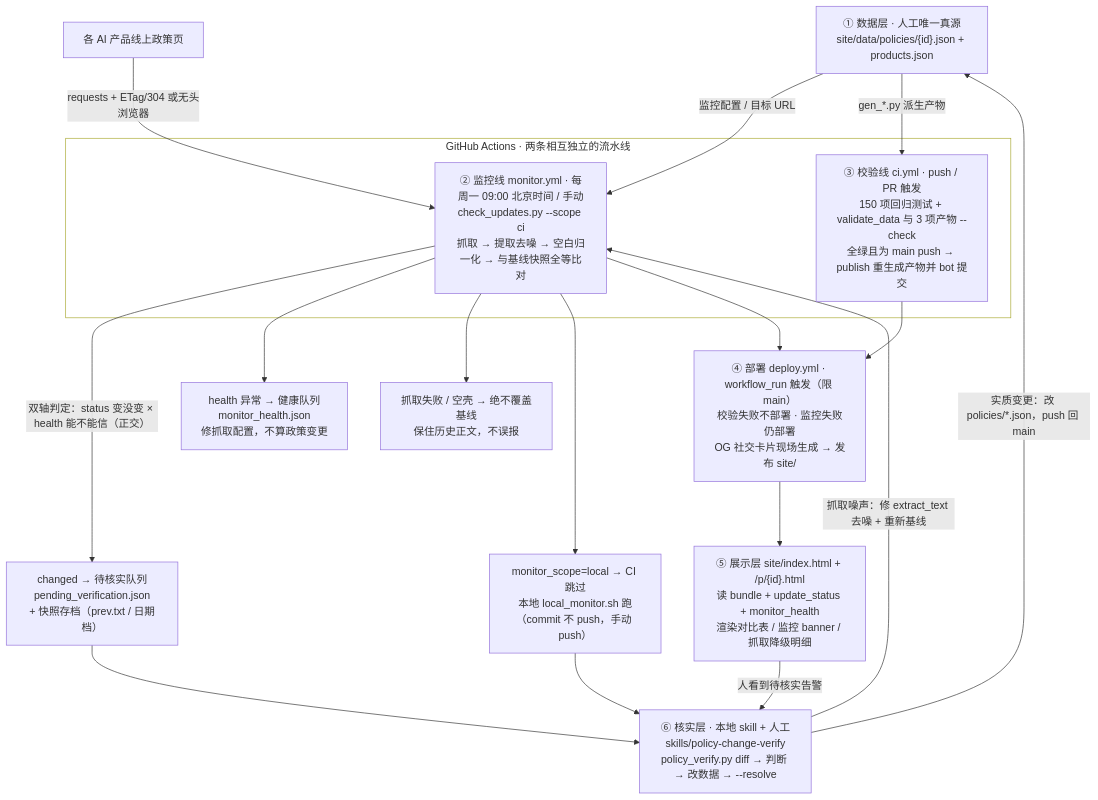
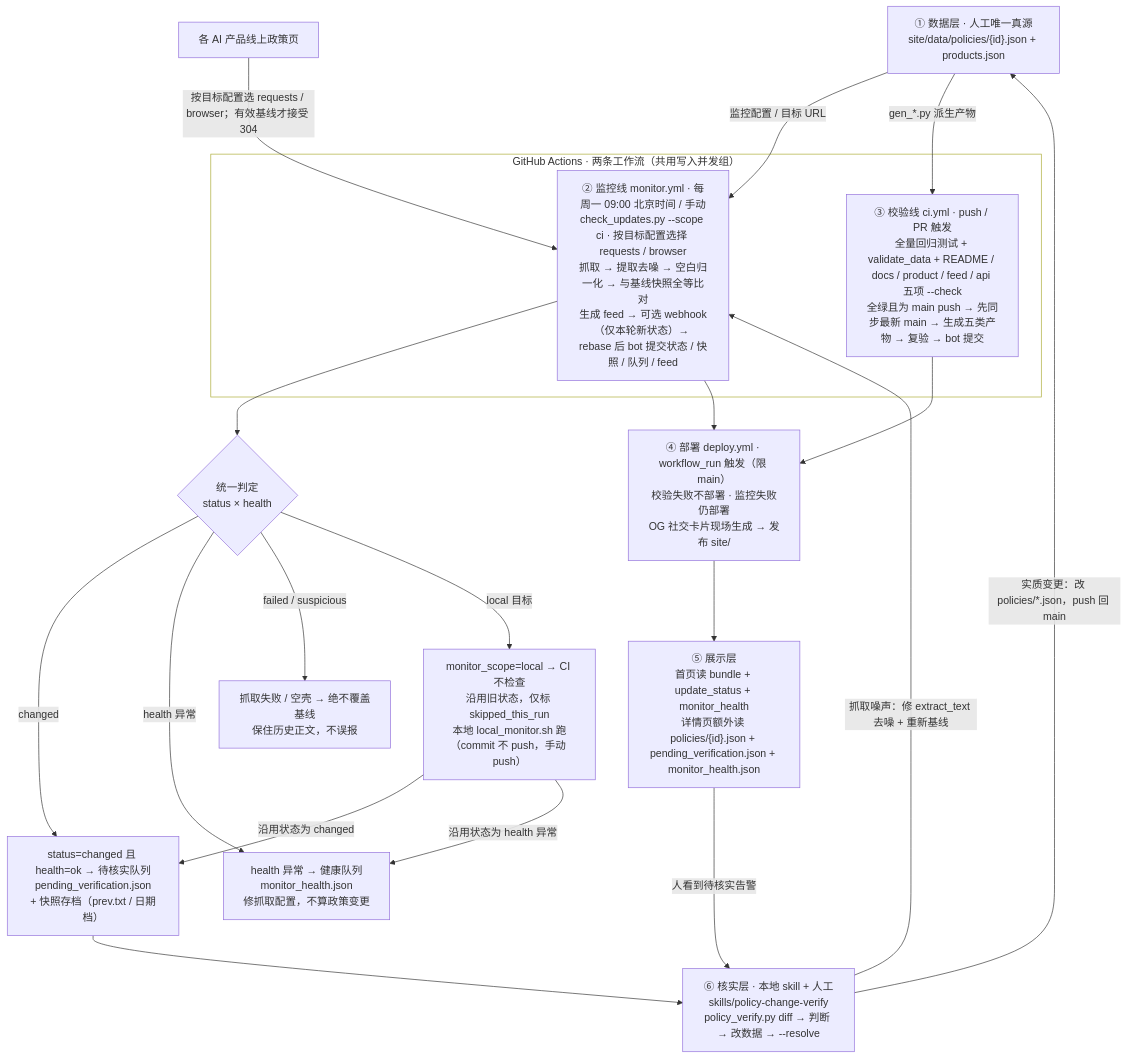
Before and after one commit to 838860610/ai-policy-tracker: the diagram in docs/architecture.md, drawn with Mermaid. The commit also changed other lines of this file and 89 other files, not shown here.

````diff
--- a/docs/architecture.md
+++ b/docs/architecture.md
@@ -9,39 +9,42 @@
 ```mermaid
 flowchart TD
     SRC["① 数据层 · 人工唯一真源<br/>site/data/policies/{id}.json + products.json"]
     PAGES["各 AI 产品线上政策页"]
 
-    subgraph ACTIONS["GitHub Actions · 两条相互独立的流水线"]
-        MON["② 监控线 monitor.yml · 每周一 09:00 北京时间 / 手动<br/>check_updates.py --scope ci<br/>抓取 → 提取去噪 → 空白归一化 → 与基线快照全等比对"]
-        CI["③ 校验线 ci.yml · push / PR 触发<br/>150 项回归测试 + validate_data 与 3 项产物 --check<br/>全绿且为 main push → publish 重生成产物并 bot 提交"]
+    subgraph ACTIONS["GitHub Actions · 两条工作流（共用写入并发组）"]
+        MON["② 监控线 monitor.yml · 每周一 09:00 北京时间 / 手动<br/>check_updates.py --scope ci · 按目标配置选择 requests / browser<br/>抓取 → 提取去噪 → 空白归一化 → 与基线快照全等比对<br/>生成 feed → 可选 webhook（仅本轮新状态）→ rebase 后 bot 提交状态 / 快照 / 队列 / feed"]
+        CI["③ 校验线 ci.yml · push / PR 触发<br/>全量回归测试 + validate_data + README / docs / product / feed / api 五项 --check<br/>全绿且为 main push → 先同步最新 main → 生成五类产物 → 复验 → bot 提交"]
     end
 
-    B1["changed → 待核实队列<br/>pending_verification.json<br/>+ 快照存档（prev.txt / 日期档）"]
+    AXIS{"统一判定<br/>status × health"}
+    B1["status=changed 且 health=ok → 待核实队列<br/>pending_verification.json<br/>+ 快照存档（prev.txt / 日期档）"]
     B2["health 异常 → 健康队列<br/>monitor_health.json<br/>修抓取配置，不算政策变更"]
     B3["抓取失败 / 空壳 → 绝不覆盖基线<br/>保住历史正文，不误报"]
-    B4["monitor_scope=local → CI 跳过<br/>本地 local_monitor.sh 跑<br/>（commit 不 push，手动 push）"]
+    B4["monitor_scope=local → CI 不检查<br/>沿用旧状态，仅标 skipped_this_run<br/>本地 local_monitor.sh 跑（commit 不 push，手动 push）"]
 
     DEPLOY["④ 部署 deploy.yml · workflow_run 触发（限 main）<br/>校验失败不部署 · 监控失败仍部署<br/>OG 社交卡片现场生成 → 发布 site/"]
-    SITE["⑤ 展示层 site/index.html + /p/{id}.html<br/>读 bundle + update_status + monitor_health<br/>渲染对比表 / 监控 banner / 抓取降级明细"]
+    SITE["⑤ 展示层<br/>首页读 bundle + update_status + monitor_health<br/>详情页额外读 policies/{id}.json + pending_verification.json + monitor_health.json"]
     VERIFY["⑥ 核实层 · 本地 skill + 人工<br/>skills/policy-change-verify<br/>policy_verify.py diff → 判断 → 改数据 → --resolve"]
 
-    PAGES -->|"requests + ETag/304 或无头浏览器"| MON
+    PAGES -->|"按目标配置选 requests / browser；有效基线才接受 304"| MON
     SRC -->|"监控配置 / 目标 URL"| MON
     SRC -->|"gen_*.py 派生产物"| CI
 
-    MON -->|"双轴判定：status 变没变 × health 能不能信（正交）"| B1
-    MON --> B2
-    MON --> B3
-    MON --> B4
+    MON --> AXIS
+    AXIS -->|"changed"| B1
+    AXIS -->|"health 异常"| B2
+    AXIS -->|"failed / suspicious"| B3
+    AXIS -->|"local 目标"| B4
 
     B1 --> VERIFY
-    B4 --> VERIFY
+    B4 -->|"沿用状态为 changed"| B1
+    B4 -->|"沿用状态为 health 异常"| B2
     MON --> DEPLOY
     CI --> DEPLOY
     DEPLOY --> SITE
     SITE -->|"人看到待核实告警"| VERIFY
     VERIFY -->|"实质变更：改 policies/*.json，push 回 main"| SRC
     VERIFY -->|"抓取噪声：修 extract_text 去噪 + 重新基线"| MON
 
     style ACTIONS fill:none
 ```
````
